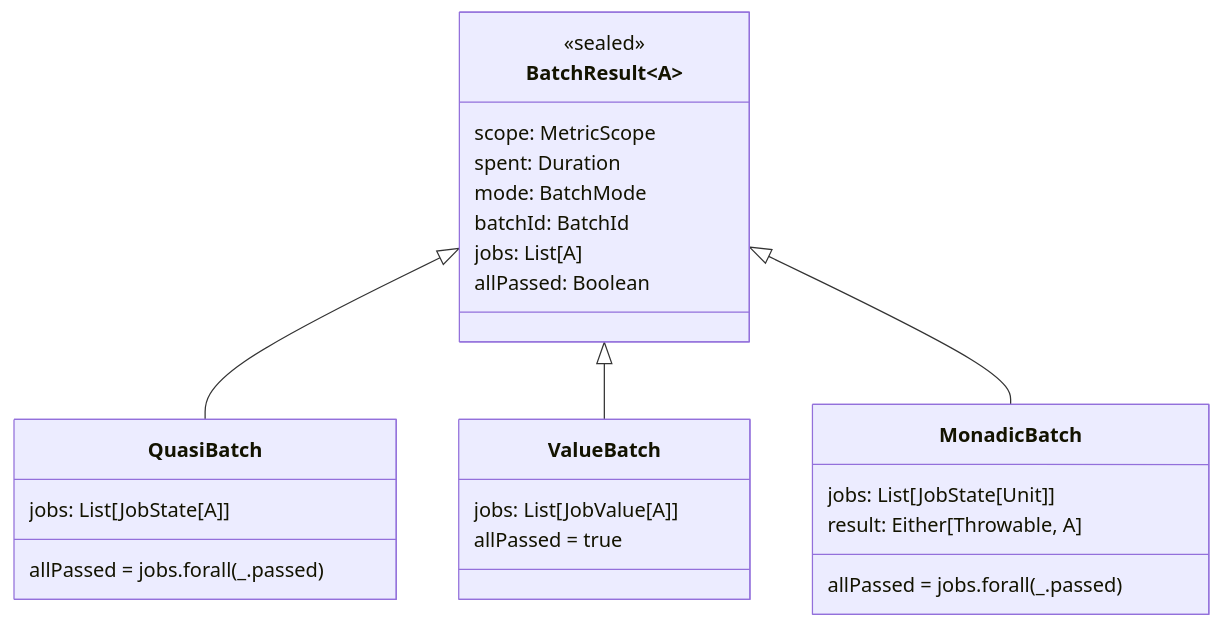
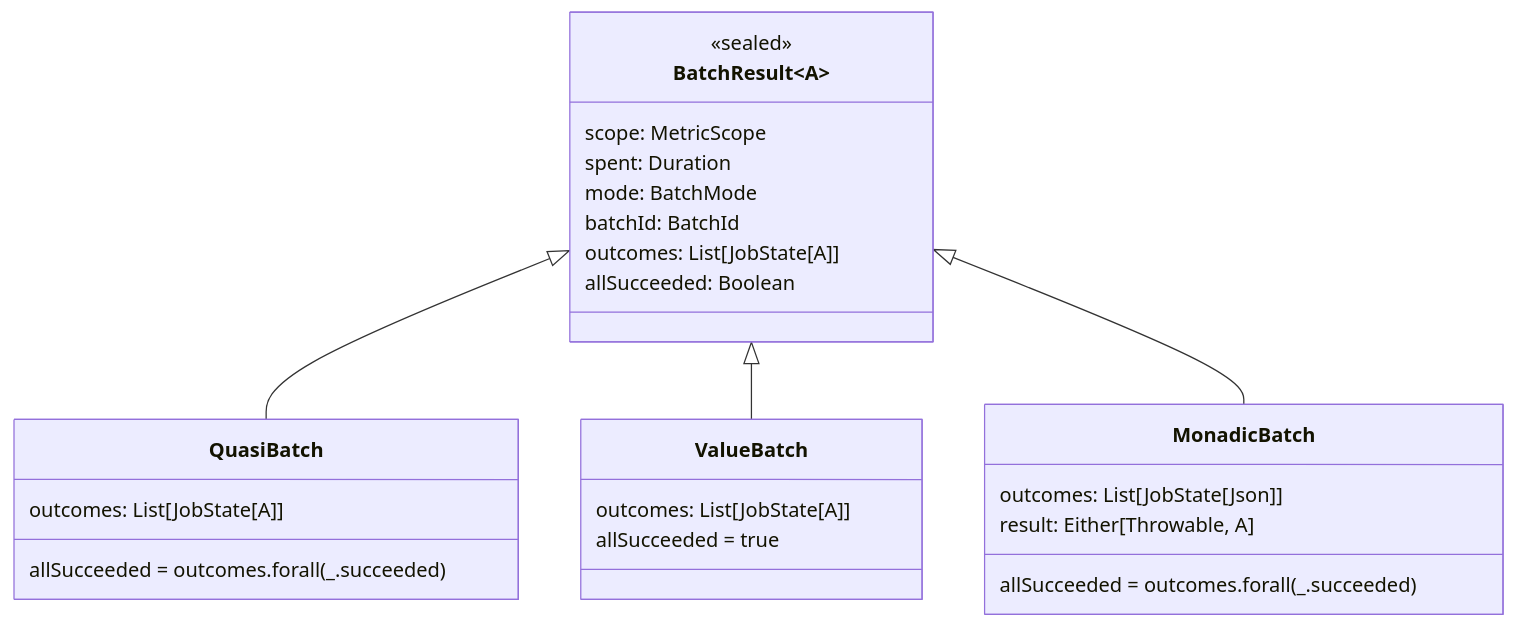
The fifth of 7 diagrams in guard/doc/README.md (chenharryhua/nanjin), drawn with Mermaid before and after one commit. The commit also changed other lines of this file and 18 other files, not shown here.

````diff
--- a/guard/doc/README.md
+++ b/guard/doc/README.md
@@ -130,29 +130,29 @@
 ```mermaid
 classDiagram
     class BatchResult~A~ {
         <<sealed>>
         scope: MetricScope
         spent: Duration
         mode: BatchMode
         batchId: BatchId
-        jobs: List[A]
-        allPassed: Boolean
+        outcomes: List[JobState[A]]
+        allSucceeded: Boolean
     }
     BatchResult <|-- QuasiBatch
     BatchResult <|-- ValueBatch
     BatchResult <|-- MonadicBatch
 
     class QuasiBatch~A~ {
-        jobs: List[JobState[A]]
-        allPassed = jobs.forall(_.passed)
+        outcomes: List[JobState[A]]
+        allSucceeded = outcomes.forall(_.succeeded)
     }
     class ValueBatch~A~ {
-        jobs: List[JobValue[A]]
-        allPassed = true
+        outcomes: List[JobState[A]]
+        allSucceeded = true
     }
     class MonadicBatch~A~ {
-        jobs: List[JobState[Unit]]
+        outcomes: List[JobState[Json]]
         result: Either[Throwable, A]
-        allPassed = jobs.forall(_.passed)
+        allSucceeded = outcomes.forall(_.succeeded)
     }
 ```
````
